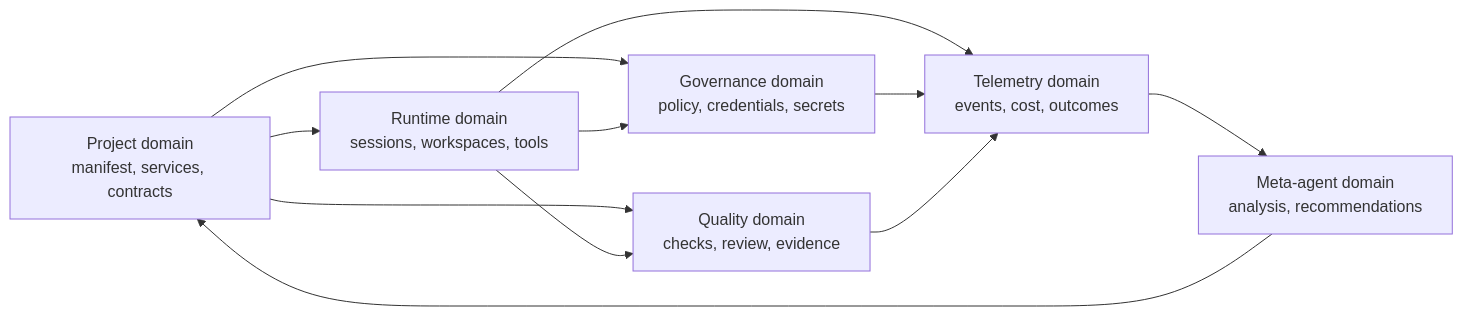
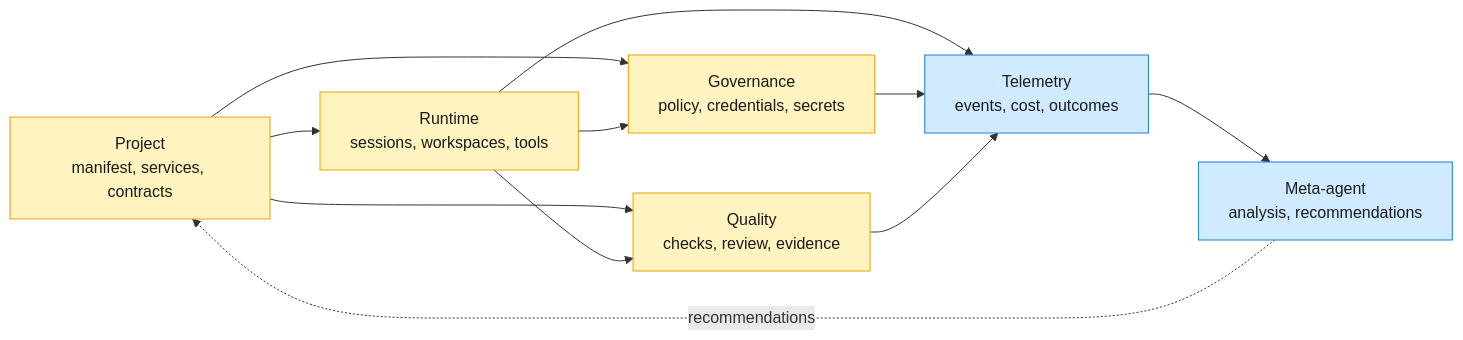
Before and after one commit to maryzam/ai-crew-localdev: the second of 2 diagrams in docs/current-north-star-architecture.md, drawn with Mermaid. The commit also changed other lines of this file, not shown here.

First line of the commit message:
docs: tune north-star architecture diagrams and mark current vs north-star

````diff
--- a/docs/current-north-star-architecture.md
+++ b/docs/current-north-star-architecture.md
@@ -79,22 +95,28 @@
 ```mermaid
 flowchart LR
-    Project[Project domain<br/>manifest, services, contracts]
-    Runtime[Runtime domain<br/>sessions, workspaces, tools]
-    Governance[Governance domain<br/>policy, credentials, secrets]
-    Quality[Quality domain<br/>checks, review, evidence]
-    Telemetry[Telemetry domain<br/>events, cost, outcomes]
-    Meta[Meta-agent domain<br/>analysis, recommendations]
+    Project[Project<br/>manifest, services, contracts]
+    Runtime[Runtime<br/>sessions, workspaces, tools]
+    Governance[Governance<br/>policy, credentials, secrets]
+    Quality[Quality<br/>checks, review, evidence]
+    Telemetry[Telemetry<br/>events, cost, outcomes]
+    Meta[Meta-agent<br/>analysis, recommendations]
 
     Project --> Runtime
     Project --> Governance
     Project --> Quality
 
     Runtime --> Governance
     Runtime --> Quality
     Runtime --> Telemetry
 
     Governance --> Telemetry
     Quality --> Telemetry
     Telemetry --> Meta
-    Meta --> Project
+
+    Meta -.->|recommendations| Project
+
+    classDef current fill:#fff3bf,stroke:#f59f00,color:#1a1a1a
+    classDef north fill:#d0ebff,stroke:#1c7ed6,color:#1a1a1a
+    class Project,Runtime,Governance,Quality current
+    class Telemetry,Meta north
 ```
````
